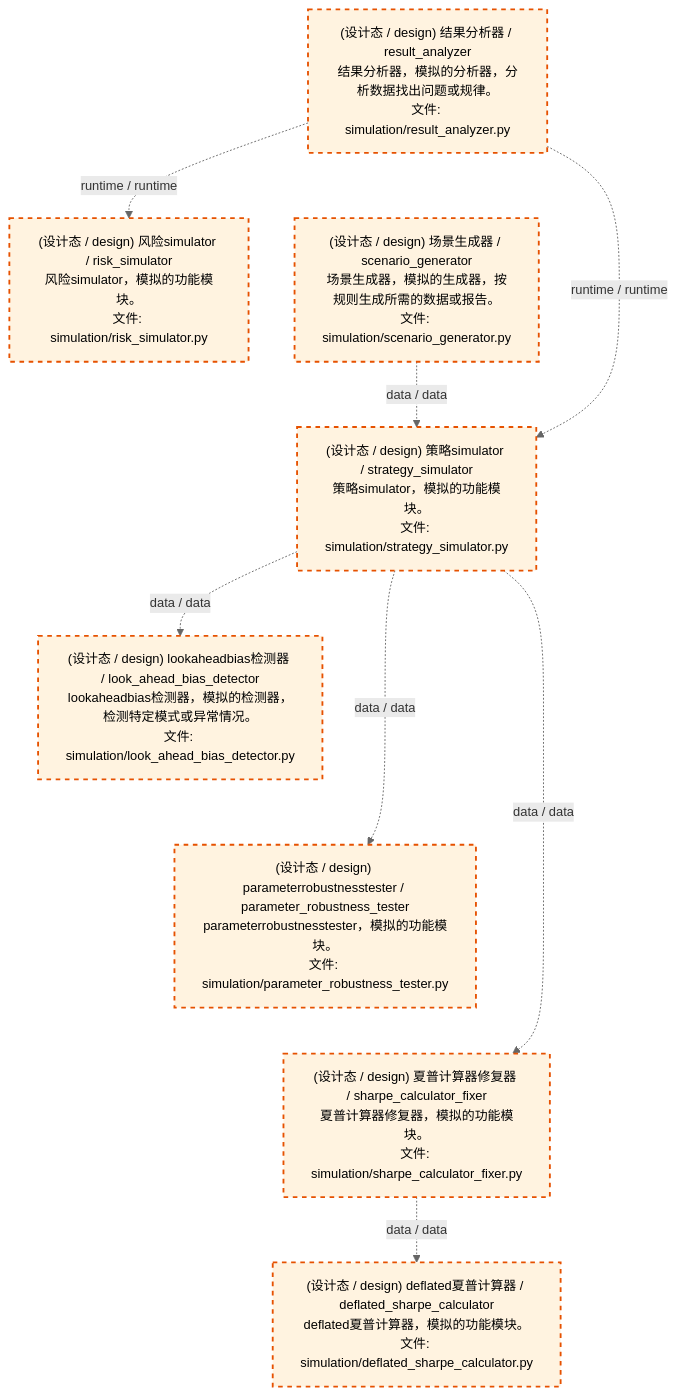
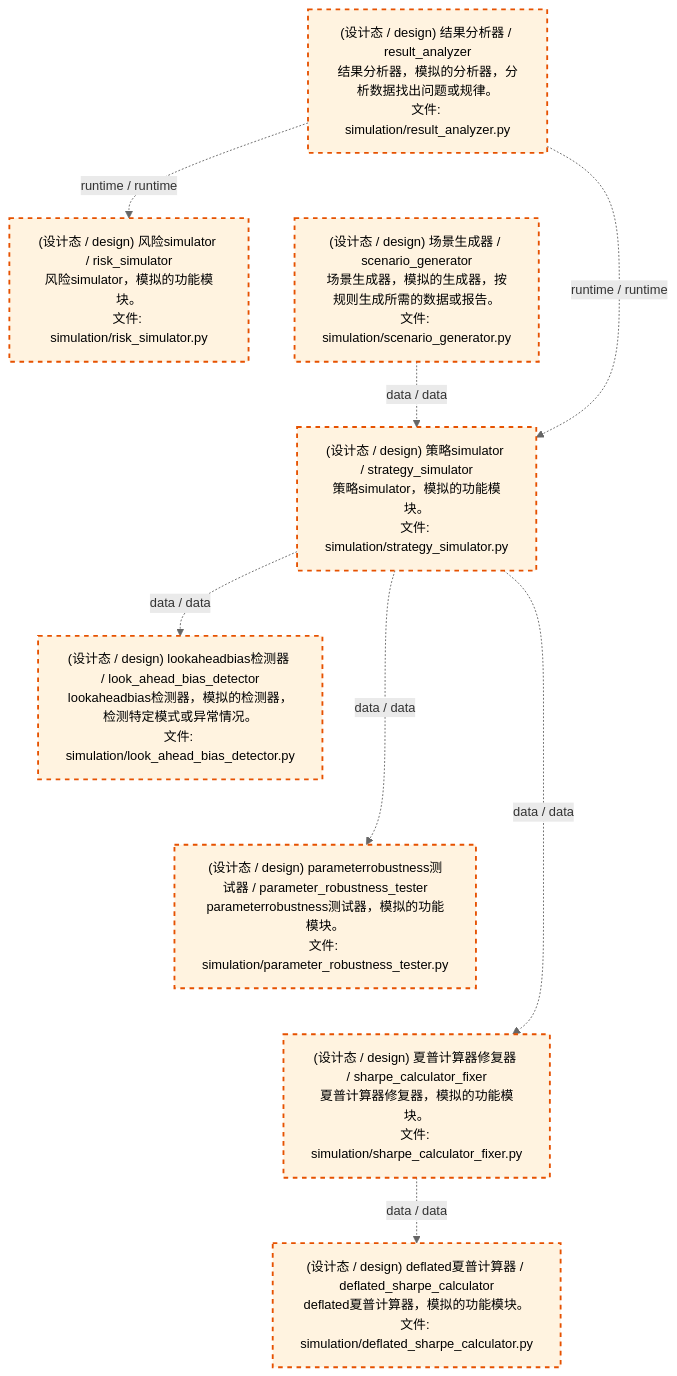
Before and after one commit to xuanFelixVan/ZephyrAlpha: the third of 4 diagrams in docs/02_enterprise_architecture/02_domain_architecture_docs/70_d_simulation.md, drawn with Mermaid. The commit also changed other lines of this file and 17 other files, not shown here.

````diff
--- a/docs/02_enterprise_architecture/02_domain_architecture_docs/70_d_simulation.md
+++ b/docs/02_enterprise_architecture/02_domain_architecture_docs/70_d_simulation.md
@@ -112,28 +112,28 @@
 ```mermaid
 %%{init: {'theme': 'base', 'themeVariables': {'primaryColor': '#eaeaea', 'primaryTextColor': '#333333', 'primaryBorderColor': '#666666', 'lineColor': '#666666', 'secondaryColor': '#eaeaea', 'tertiaryColor': '#eaeaea', 'fontSize': '14px'}}}%%
 flowchart TD
     src_zephyr_simulation_result_analyzer_py["(设计态 / design) 结果分析器 / result_analyzer<br/>结果分析器，模拟的分析器，分析数据找出问题或规律。<br/>文件: simulation/result_analyzer.py"]
     src_zephyr_simulation_scenario_generator_py["(设计态 / design) 场景生成器 / scenario_generator<br/>场景生成器，模拟的生成器，按规则生成所需的数据或报告。<br/>文件: simulation/scenario_generator.py"]
     src_zephyr_simulation_result_analyzer_py ~~~ src_zephyr_simulation_scenario_generator_py
     src_zephyr_simulation_risk_simulator_py["(设计态 / design) 风险simulator / risk_simulator<br/>风险simulator，模拟的功能模块。<br/>文件: simulation/risk_simulator.py"]
     src_zephyr_simulation_strategy_simulator_py["(设计态 / design) 策略simulator / strategy_simulator<br/>策略simulator，模拟的功能模块。<br/>文件: simulation/strategy_simulator.py"]
     src_zephyr_simulation_risk_simulator_py ~~~ src_zephyr_simulation_strategy_simulator_py
     src_zephyr_simulation_look_ahead_bias_detector_py["(设计态 / design) lookaheadbias检测器 / look_ahead_bias_detector<br/>lookaheadbias检测器，模拟的检测器，检测特定模式或异常情况。<br/>文件: simulation/look_ahead_bias_detector.py"]
-    src_zephyr_simulation_parameter_robustness_tester_py["(设计态 / design) parameterrobustnesstester / parameter_robustness_tester<br/>parameterrobustnesstester，模拟的功能模块。<br/>文件: simulation/parameter_robustness_tester.py"]
+    src_zephyr_simulation_parameter_robustness_tester_py["(设计态 / design) parameterrobustness测试器 / parameter_robustness_tester<br/>parameterrobustness测试器，模拟的功能模块。<br/>文件: simulation/parameter_robustness_tester.py"]
     src_zephyr_simulation_sharpe_calculator_fixer_py["(设计态 / design) 夏普计算器修复器 / sharpe_calculator_fixer<br/>夏普计算器修复器，模拟的功能模块。<br/>文件: simulation/sharpe_calculator_fixer.py"]
     src_zephyr_simulation_look_ahead_bias_detector_py ~~~ src_zephyr_simulation_parameter_robustness_tester_py
     src_zephyr_simulation_parameter_robustness_tester_py ~~~ src_zephyr_simulation_sharpe_calculator_fixer_py
     src_zephyr_simulation_deflated_sharpe_calculator_py["(设计态 / design) deflated夏普计算器 / deflated_sharpe_calculator<br/>deflated夏普计算器，模拟的功能模块。<br/>文件: simulation/deflated_sharpe_calculator.py"]
     src_zephyr_simulation_strategy_simulator_py -.->|data / data| src_zephyr_simulation_parameter_robustness_tester_py
     src_zephyr_simulation_strategy_simulator_py -.->|data / data| src_zephyr_simulation_look_ahead_bias_detector_py
     src_zephyr_simulation_strategy_simulator_py -.->|data / data| src_zephyr_simulation_sharpe_calculator_fixer_py
     src_zephyr_simulation_scenario_generator_py -.->|data / data| src_zephyr_simulation_strategy_simulator_py
     src_zephyr_simulation_result_analyzer_py -.->|runtime / runtime| src_zephyr_simulation_strategy_simulator_py
     src_zephyr_simulation_result_analyzer_py -.->|runtime / runtime| src_zephyr_simulation_risk_simulator_py
     src_zephyr_simulation_sharpe_calculator_fixer_py -.->|data / data| src_zephyr_simulation_deflated_sharpe_calculator_py
     classDef production fill:#e1f5fe,stroke:#01579b,stroke-width:2px,color:#000
     classDef design fill:#fff3e0,stroke:#e65100,stroke-width:2px,color:#000,stroke-dasharray: 5 5
     classDef external_prod fill:#e8f4fd,stroke:#0277bd,stroke-width:1px,color:#000
     classDef external_design fill:#fff8e7,stroke:#ef6c00,stroke-width:1px,color:#000,stroke-dasharray: 5 5
     class src_zephyr_simulation_deflated_sharpe_calculator_py,src_zephyr_simulation_look_ahead_bias_detector_py,src_zephyr_simulation_parameter_robustness_tester_py,src_zephyr_simulation_result_analyzer_py,src_zephyr_simulation_risk_simulator_py,src_zephyr_simulation_scenario_generator_py,src_zephyr_simulation_sharpe_calculator_fixer_py,src_zephyr_simulation_strategy_simulator_py design
 ```
````
